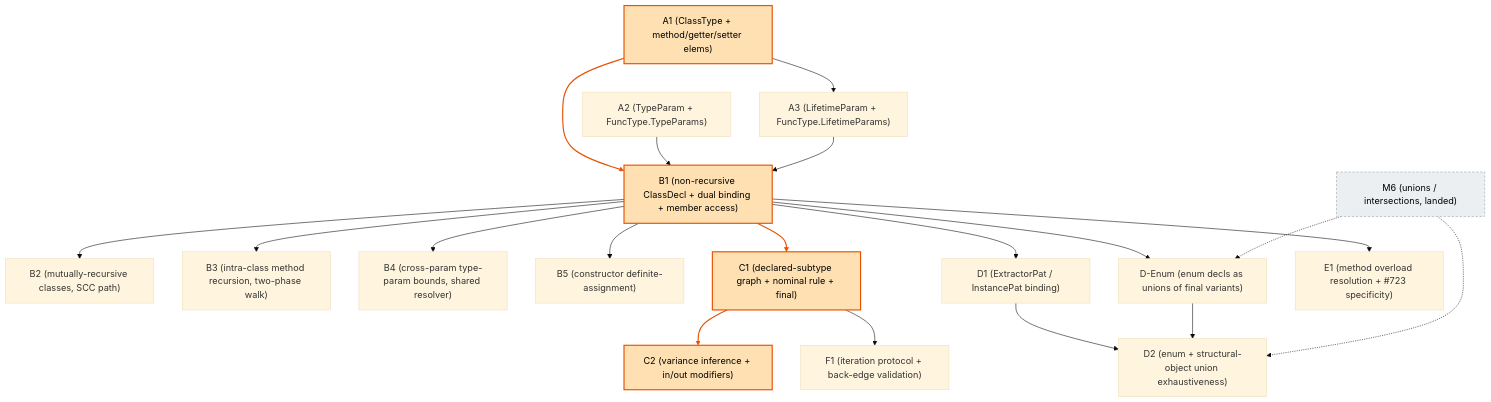
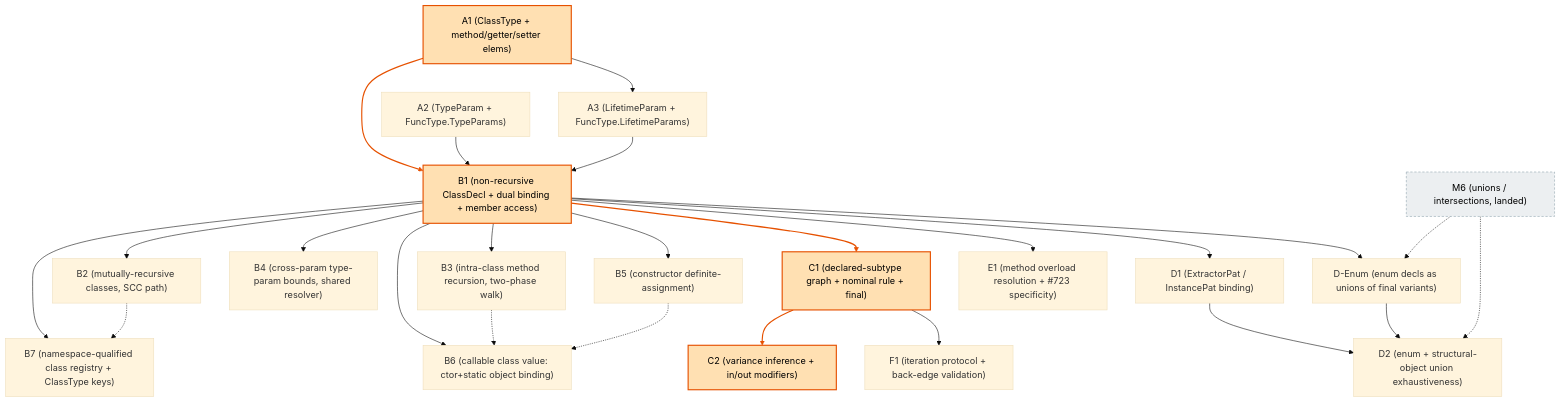
One commit to escalier-lang/escalier changed the diagram in planning/simple_sub/m5-implementation-plan.md. Above: the diagram before and after it, drawn with Mermaid (base theme). The commit also changed other lines of this file and 3 other files, not shown here.

````diff
--- a/planning/simple_sub/m5-implementation-plan.md
+++ b/planning/simple_sub/m5-implementation-plan.md
@@ -1185,44 +1310,51 @@
 ```mermaid
 graph TD
     A1["A1 (ClassType + method/getter/setter elems)"]
     A2["A2 (TypeParam + FuncType.TypeParams)"]
     A3["A3 (LifetimeParam + FuncType.LifetimeParams)"]
     B1["B1 (non-recursive ClassDecl + dual binding + member access)"]
     B2["B2 (mutually-recursive classes, SCC path)"]
     B3["B3 (intra-class method recursion, two-phase walk)"]
     B4["B4 (cross-param type-param bounds, shared resolver)"]
     B5["B5 (constructor definite-assignment)"]
+    B6["B6 (callable class value: ctor+static object binding)"]
+    B7["B7 (namespace-qualified class registry + ClassType keys)"]
     C1["C1 (declared-subtype graph + nominal rule + final)"]
     C2["C2 (variance inference + in/out modifiers)"]
     F1["F1 (iteration protocol + back-edge validation)"]
     D1["D1 (ExtractorPat / InstancePat binding)"]
     DEnum["D-Enum (enum decls as unions of final variants)"]
     D2["D2 (enum + structural-object union exhaustiveness)"]
     E1["E1 (method overload resolution + #723 specificity)"]
     M6["M6 (unions / intersections, landed)"]
 
     A1 --> B1
     A1 --> A3
     A2 --> B1
     A3 --> B1
     B1 --> B2
     B1 --> B3
     B1 --> B4
     B1 --> B5
     B1 --> C1
     B1 --> D1
     B1 --> DEnum
     B1 --> E1
     C1 --> C2
     C1 --> F1
     D1 --> D2
     DEnum --> D2
     M6 -.-> DEnum
     M6 -.-> D2
+    B1 --> B6
+    B3 -.-> B6
+    B5 -.-> B6
+    B1 --> B7
+    B2 -.-> B7
 
     classDef crit fill:#ffe0b2,stroke:#e65100,stroke-width:2px,color:#000;
     classDef landed fill:#eceff1,stroke:#90a4ae,stroke-dasharray:4 3,color:#000;
     class A1,B1,C1,C2 crit;
     class M6 landed;
     linkStyle 0,8,12 stroke:#e65100,stroke-width:2px;
 ```
````
